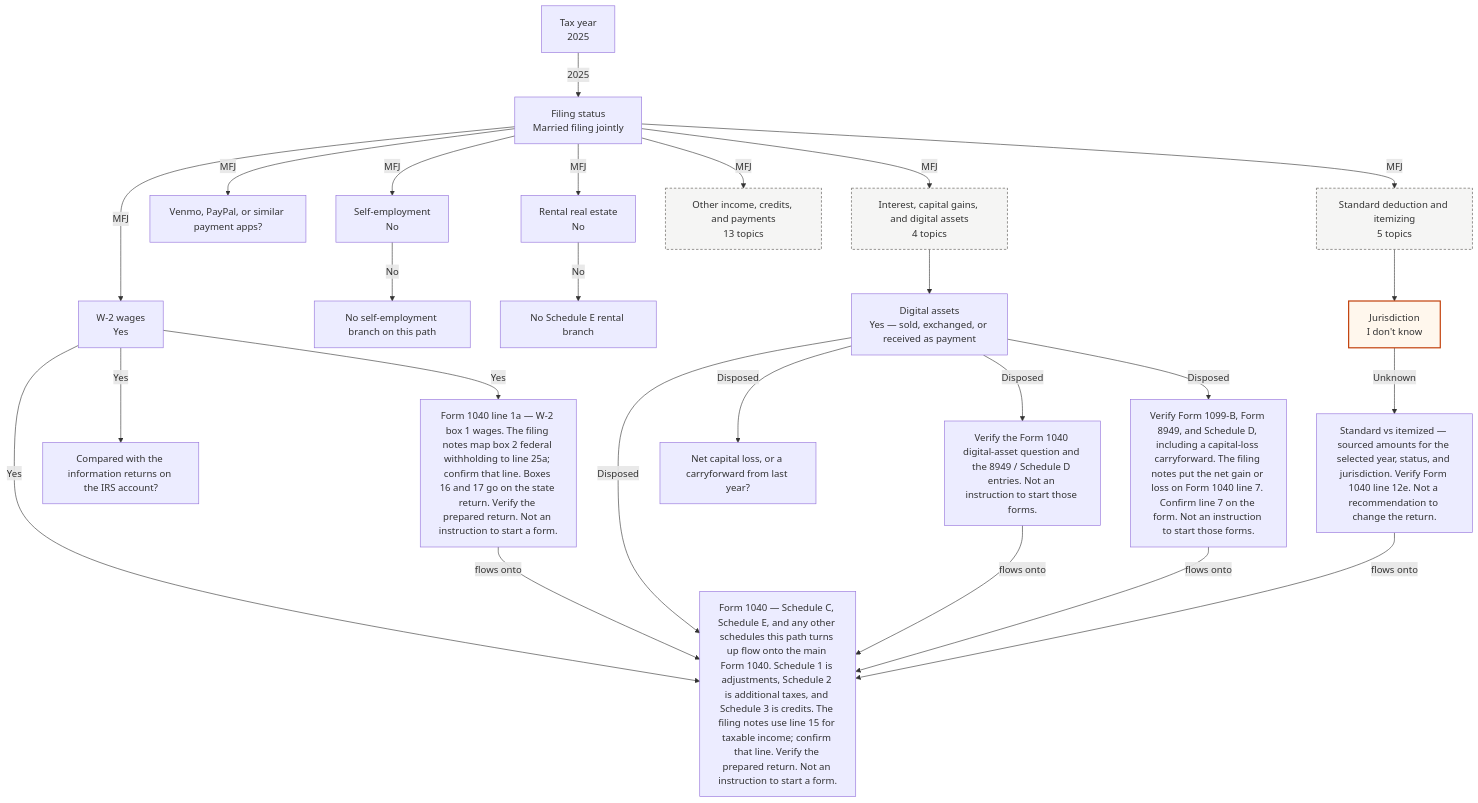
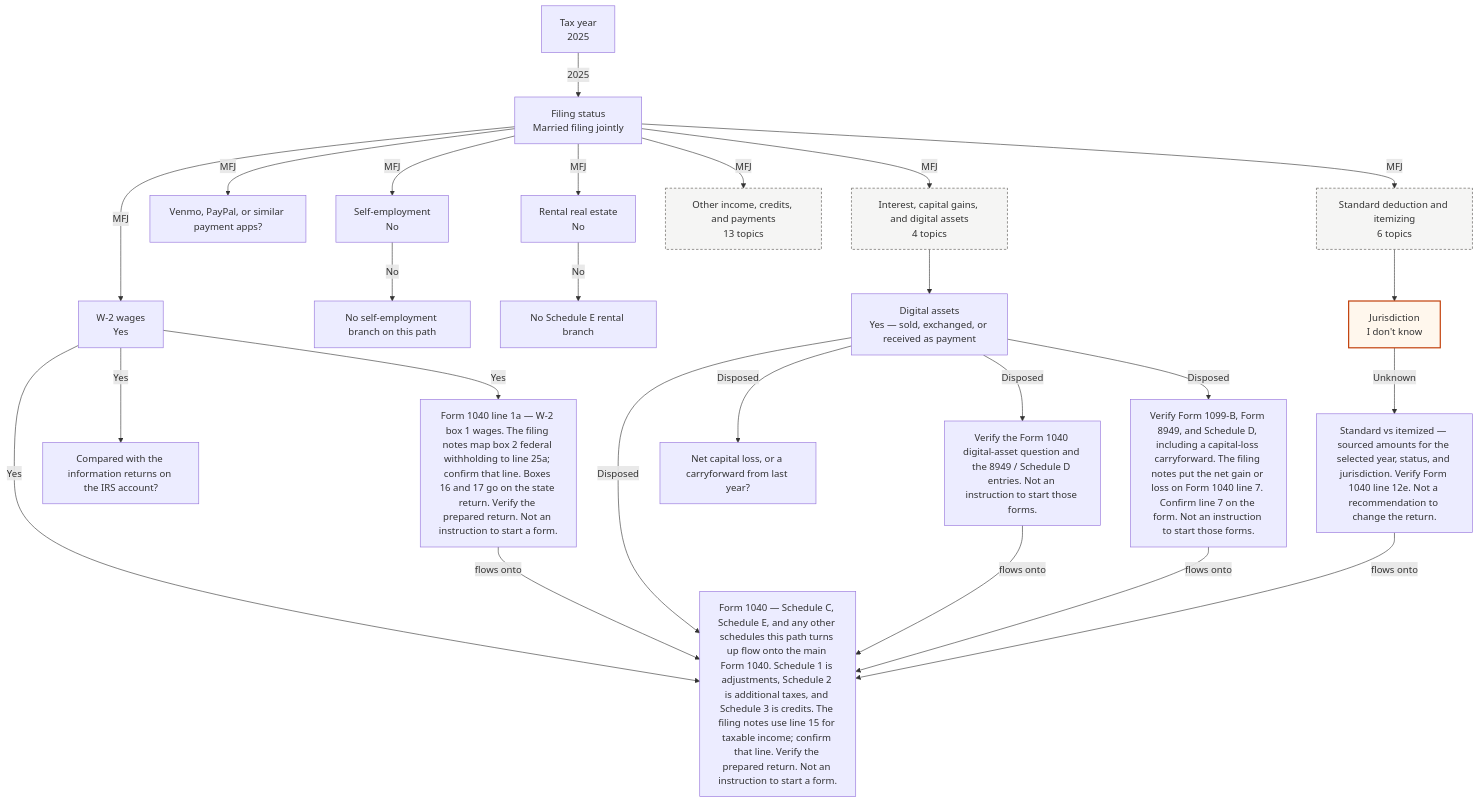
Before and after one commit to Siphon880gh/taxes: the third of 3 diagrams in docs/DECISION_GRAPH.md, drawn with Mermaid. The commit also changed other lines of this file and 10 other files, not shown here.

````diff
--- a/docs/DECISION_GRAPH.md
+++ b/docs/DECISION_GRAPH.md
@@ -2348,51 +2502,51 @@
 ```mermaid
 flowchart TD
   year["Tax year<br/>2025"]
   filing_status["Filing status<br/>Married filing jointly"]
   w2["W-2 wages<br/>Yes"]
   check_w2["Form 1040 line 1a — W-2 box 1 wages. The filing notes map box 2 federal withholding to line 25a; confirm that line. Boxes 16 and 17 go on the state return. Verify the prepared return. Not an instruction to start a form."]
   info_returns["Compared with the information returns on the IRS account?"]
   form_1040["Form 1040 — Schedule C, Schedule E, and any other schedules this path turns up flow onto the main Form 1040. Schedule 1 is adjustments, Schedule 2 is additional taxes, and Schedule 3 is credits. The filing notes use line 15 for taxable income; confirm that line. Verify the prepared return. Not an instruction to start a form."]
   se["Self-employment<br/>No"]
   note_se_no["No self-employment branch on this path"]
   payapps["Venmo, PayPal, or similar payment apps?"]
   rental["Rental real estate<br/>No"]
   note_rental_no["No Schedule E rental branch"]
   group_filing_status_invest["Interest, capital gains, and digital assets<br/>4 topics"]
   crypto["Digital assets<br/>Yes — sold, exchanged, or received as payment"]
   check_crypto["Verify the Form 1040 digital-asset question and the 8949 / Schedule D entries. Not an instruction to start those forms."]
   check_capgain["Verify Form 1099-B, Form 8949, and Schedule D, including a capital-loss carryforward. The filing notes put the net gain or loss on Form 1040 line 7. Confirm line 7 on the form. Not an instruction to start those forms."]
   capgain_loss["Net capital loss, or a carryforward from last year?"]
   group_filing_status_other["Other income, credits, and payments<br/>13 topics"]
-  group_filing_status_deductions["Standard deduction and itemizing<br/>5 topics"]
+  group_filing_status_deductions["Standard deduction and itemizing<br/>6 topics"]
   jurisdiction["Jurisdiction<br/>I don't know"]
   deduction_result["Standard vs itemized — sourced amounts for the selected year, status, and jurisdiction. Verify Form 1040 line 12e. Not a recommendation to change the return."]
   year -->|"2025"| filing_status
   filing_status -->|"MFJ"| w2
   filing_status -->|"MFJ"| se
   filing_status -->|"MFJ"| payapps
   filing_status -->|"MFJ"| rental
   w2 -->|"Yes"| check_w2
   w2 -->|"Yes"| info_returns
   w2 -->|"Yes"| form_1040
   check_w2 -->|"flows onto"| form_1040
   se -->|"No"| note_se_no
   rental -->|"No"| note_rental_no
   crypto -->|"Disposed"| check_crypto
   crypto -->|"Disposed"| check_capgain
   crypto -->|"Disposed"| capgain_loss
   crypto -->|"Disposed"| form_1040
   check_crypto -->|"flows onto"| form_1040
   check_capgain -->|"flows onto"| form_1040
   jurisdiction -->|"Unknown"| deduction_result
   deduction_result -->|"flows onto"| form_1040
   filing_status -->|"MFJ"| group_filing_status_invest
   group_filing_status_invest --> crypto
   filing_status -->|"MFJ"| group_filing_status_other
   filing_status -->|"MFJ"| group_filing_status_deductions
   group_filing_status_deductions --> jurisdiction
   classDef unknown fill:#fff7ed,stroke:#c2410c,stroke-width:2px
   class jurisdiction unknown
   classDef cluster fill:#f5f5f4,stroke:#57534e,stroke-dasharray:4 3
   class group_filing_status_invest,group_filing_status_other,group_filing_status_deductions cluster
 ```
````
